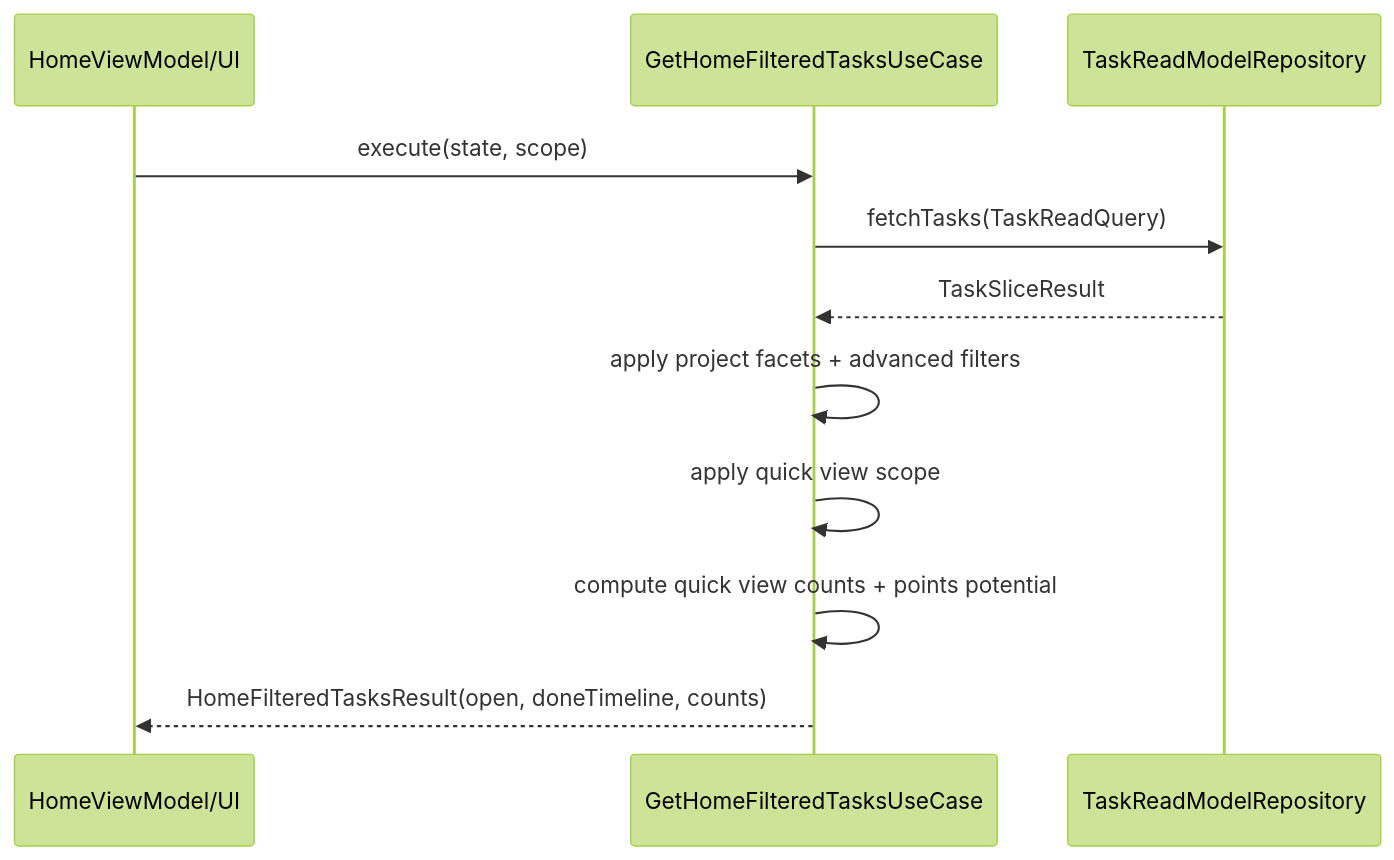
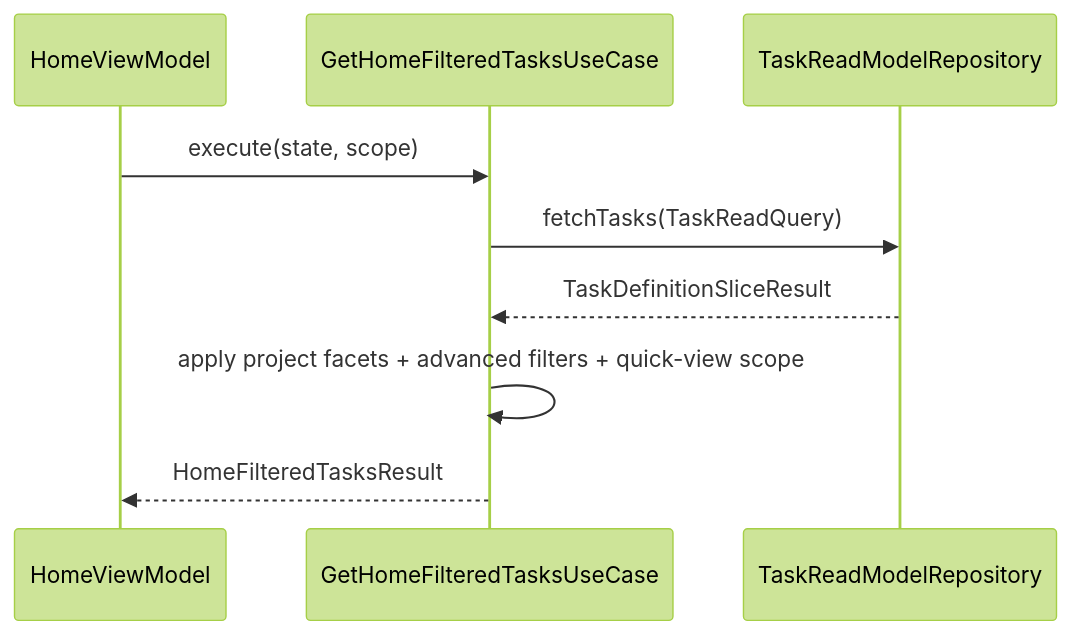
The first of 3 diagrams in docs/architecture/usecases-v2.md (Saransh-Sharma/Tasker), drawn with Mermaid (forest theme) before and after one commit. The commit also changed other lines of this file and 10 other files, not shown here.

Commit message:
docs: update architecture documentation for V3

````diff
--- a/docs/architecture/usecases-v2.md
+++ b/docs/architecture/usecases-v2.md
@@ -150,14 +126,12 @@
 ```mermaid
 sequenceDiagram
-    participant UI as HomeViewModel/UI
-    participant U as GetHomeFilteredTasksUseCase
+    participant UI as HomeViewModel
+    participant UC as GetHomeFilteredTasksUseCase
     participant RM as TaskReadModelRepository
 
-    UI->>U: execute(state, scope)
-    U->>RM: fetchTasks(TaskReadQuery)
-    RM-->>U: TaskSliceResult
-    U->>U: apply project facets + advanced filters
-    U->>U: apply quick view scope
-    U->>U: compute quick view counts + points potential
-    U-->>UI: HomeFilteredTasksResult(open, doneTimeline, counts)
+    UI->>UC: execute(state, scope)
+    UC->>RM: fetchTasks(TaskReadQuery)
+    RM-->>UC: TaskDefinitionSliceResult
+    UC->>UC: apply project facets + advanced filters + quick-view scope
+    UC-->>UI: HomeFilteredTasksResult
 ```
````
